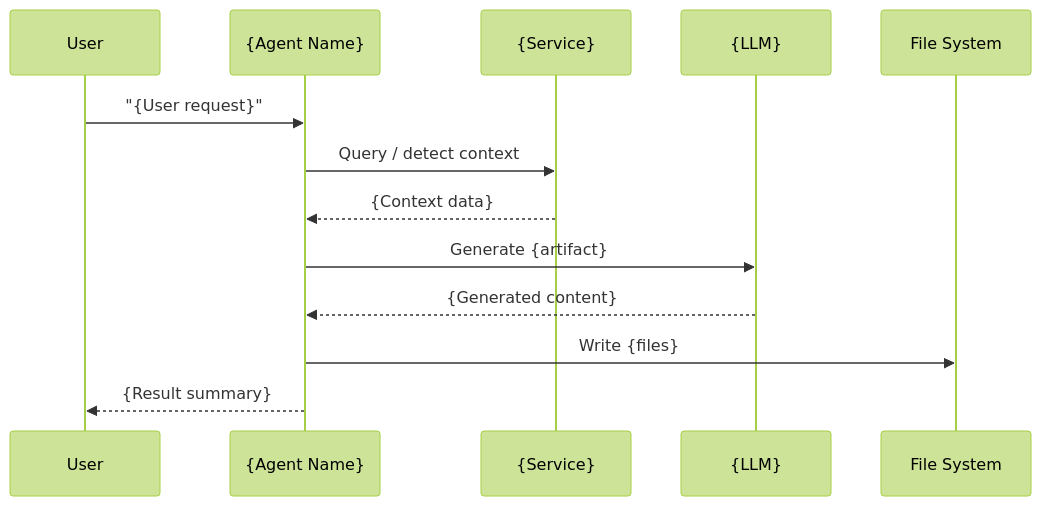
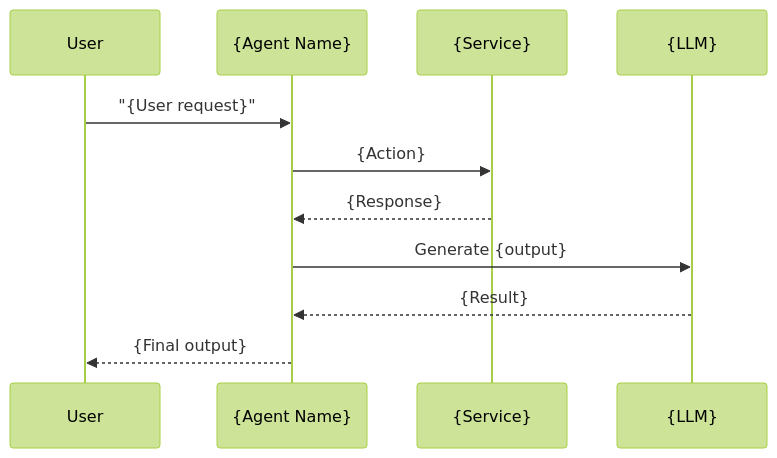
One commit to kenikooltechworld/ForgeAI changed the second of 2 diagrams in templates/spec/design.md. Above: the diagram before and after it, drawn with Mermaid (forest theme). The commit also changed other lines of this file and 24 other files, not shown here.

````diff
--- a/templates/spec/design.md
+++ b/templates/spec/design.md
@@ -76,16 +75,14 @@
 ```mermaid
 sequenceDiagram
     participant User as User
     participant Agent as {Agent Name}
     participant Service as {Service}
     participant LLM as {LLM}
-    participant FS as File System
 
     User->>Agent: "{User request}"
-    Agent->>Service: Query / detect context
-    Service-->>Agent: {Context data}
-    Agent->>LLM: Generate {artifact}
-    LLM-->>Agent: {Generated content}
-    Agent->>FS: Write {files}
-    Agent-->>User: {Result summary}
+    Agent->>Service: {Action}
+    Service-->>Agent: {Response}
+    Agent->>LLM: Generate {output}
+    LLM-->>Agent: {Result}
+    Agent-->>User: {Final output}
 ```
````
